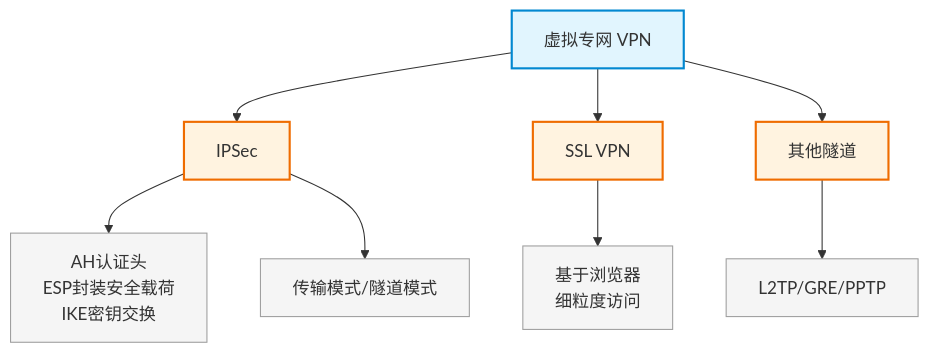
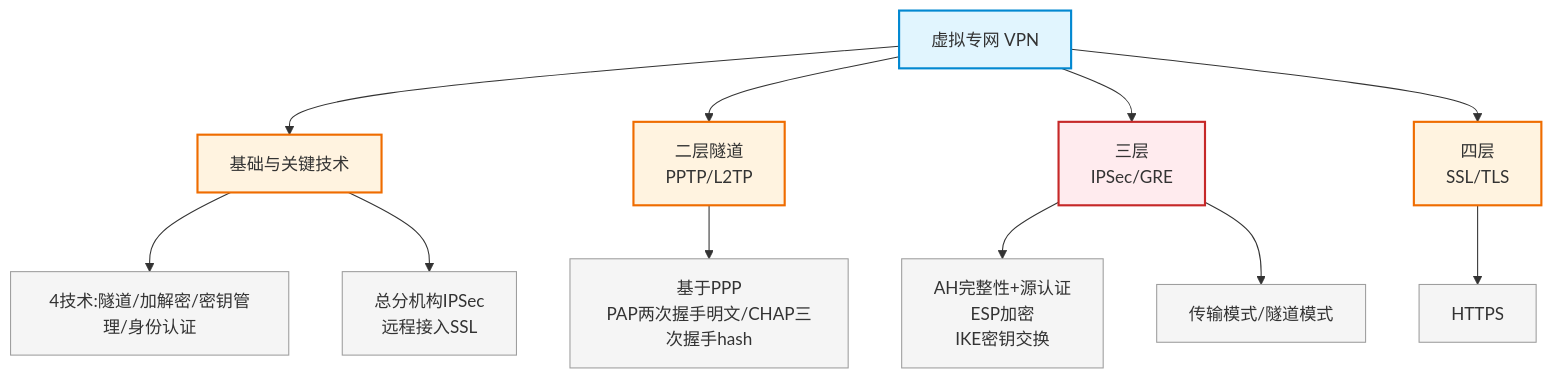
The diagram in network-security/21_vpn_technology.md (silverbulle/Network_Planning_and_Design), drawn with Mermaid before and after one commit. The commit also changed other lines of this file and 2 other files, not shown here.

First line of the commit message:
feat: supplement Ch21 VPN technology with PDF content

````diff
--- a/network-security/21_vpn_technology.md
+++ b/network-security/21_vpn_technology.md
@@ -9,20 +8,27 @@
 ```mermaid
 flowchart TD
-    A["虚拟专网 VPN"] --> B["IPSec"]
-    A --> C["SSL VPN"]
-    A --> D["其他隧道"]
+    A["虚拟专网 VPN"] --> B["基础与关键技术"]
+    A --> C["二层隧道<br>PPTP/L2TP"]
+    A --> D["三层<br>IPSec/GRE"]
+    A --> E["四层<br>SSL/TLS"]
 
-    B --> B1["AH认证头<br>ESP封装安全载荷<br>IKE密钥交换"]
-    B --> B2["传输模式/隧道模式"]
-    C --> C1["基于浏览器<br>细粒度访问"]
-    D --> D1["L2TP/GRE/PPTP"]
+    B --> B1["4技术:隧道/加解密/密钥管理/身份认证"]
+    B --> B2["总分机构IPSec<br>远程接入SSL"]
+
+    C --> C1["基于PPP<br>PAP两次握手明文/CHAP三次握手hash"]
+    D --> D1["AH完整性+源认证<br>ESP加密<br>IKE密钥交换"]
+    D --> D2["传输模式/隧道模式"]
+    E --> E1["HTTPS"]
 
     style A fill:#e1f5fe,stroke:#0288d1,stroke-width:2px
     style B fill:#fff3e0,stroke:#ef6c00,stroke-width:2px
     style C fill:#fff3e0,stroke:#ef6c00,stroke-width:2px
-    style D fill:#fff3e0,stroke:#ef6c00,stroke-width:2px
+    style D fill:#ffebee,stroke:#c62828,stroke-width:2px
+    style E fill:#fff3e0,stroke:#ef6c00,stroke-width:2px
     style B1 fill:#f5f5f5,stroke:#9e9e9e
     style B2 fill:#f5f5f5,stroke:#9e9e9e
     style C1 fill:#f5f5f5,stroke:#9e9e9e
     style D1 fill:#f5f5f5,stroke:#9e9e9e
+    style D2 fill:#f5f5f5,stroke:#9e9e9e
+    style E1 fill:#f5f5f5,stroke:#9e9e9e
 ```
````
